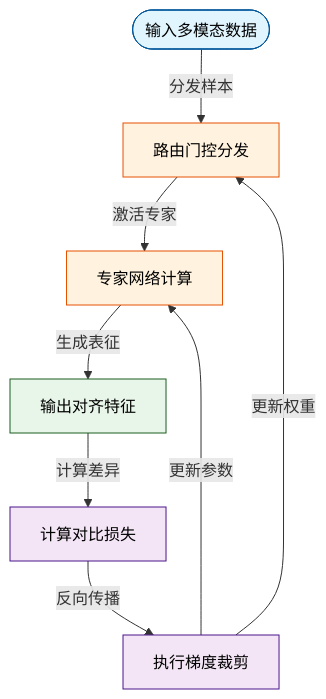
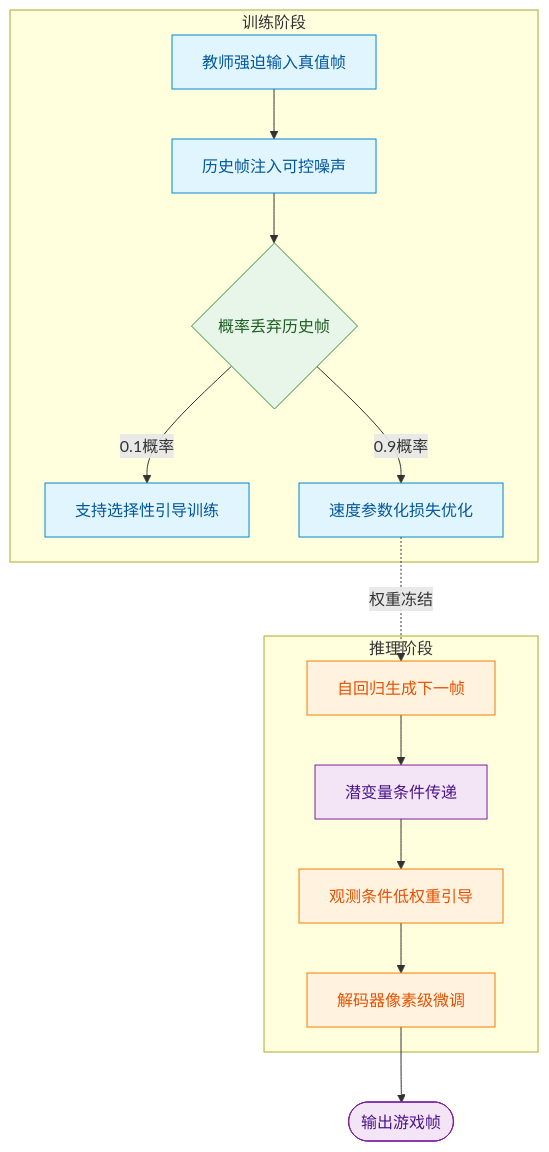
One commit to ShinewineW/paper-rolling changed the second of 10 diagrams in person_vault/2026-06-08_DiffusionModelsAreRealTimeGameEngines_2408.14837/report.md. Above: the diagram before and after it, drawn with Mermaid. The commit also changed other lines of this file and 51 other files, not shown here.

````diff
--- a/person_vault/2026-06-08_DiffusionModelsAreRealTimeGameEngines_2408.14837/report.md
+++ b/person_vault/2026-06-08_DiffusionModelsAreRealTimeGameEngines_2408.14837/report.md
@@ -92,15 +84,23 @@
 ```mermaid
 flowchart TB
-    classDef input fill:#e1f5fe,stroke:#01579b,color:#000;
-    classDef process fill:#fff3e0,stroke:#e65100,color:#000;
-    classDef output fill:#e8f5e9,stroke:#1b5e20,color:#000;
-    classDef feedback fill:#f3e5f5,stroke:#4a148c,color:#000;
+  classDef train fill:#e1f5fe,color:#01579b,stroke:#0288d1
+  classDef infer fill:#fff3e0,color:#e65100,stroke:#f57c00
+  classDef data fill:#f3e5f5,color:#4a148c,stroke:#7b1fa2
+  classDef decision fill:#e8f5e9,color:#1b5e20,stroke:#388e3c
 
-    start_node(["输入多模态数据"]):::input -->|分发样本| route_gate["路由门控分发"]:::process
-    route_gate -->|激活专家| expert_compute["专家网络计算"]:::process
-    expert_compute -->|生成表征| align_feat["输出对齐特征"]:::output
-    align_feat -->|计算差异| calc_loss["计算对比损失"]:::feedback
-    calc_loss -->|反向传播| clip_grad["执行梯度裁剪"]:::feedback
-    clip_grad -->|更新权重| route_gate
-    clip_grad -->|更新参数| expert_compute
+  subgraph 训练阶段
+    teacher_force_true_frames["教师强迫输入真值帧"]:::train --> inject_noise_to_history["历史帧注入可控噪声"]:::train
+    inject_noise_to_history --> drop_history_condition_prob{概率丢弃历史帧}:::decision
+    drop_history_condition_prob -- 0.1概率 --> train_selective_cfg_support["支持选择性引导训练"]:::train
+    drop_history_condition_prob -- 0.9概率 --> optimize_velocity_loss["速度参数化损失优化"]:::train
+  end
+
+  subgraph 推理阶段
+    autoregressive_generate_next["自回归生成下一帧"]:::infer --> pass_latent_conditions["潜变量条件传递"]:::data
+    pass_latent_conditions --> apply_low_weight_guidance["观测条件低权重引导"]:::infer
+    apply_low_weight_guidance --> fine_tune_pixel_decoder["解码器像素级微调"]:::infer
+  end
+
+  optimize_velocity_loss -. 权重冻结 .-> autoregressive_generate_next
+  fine_tune_pixel_decoder --> end_output(["输出游戏帧"]):::data
 ```
````
